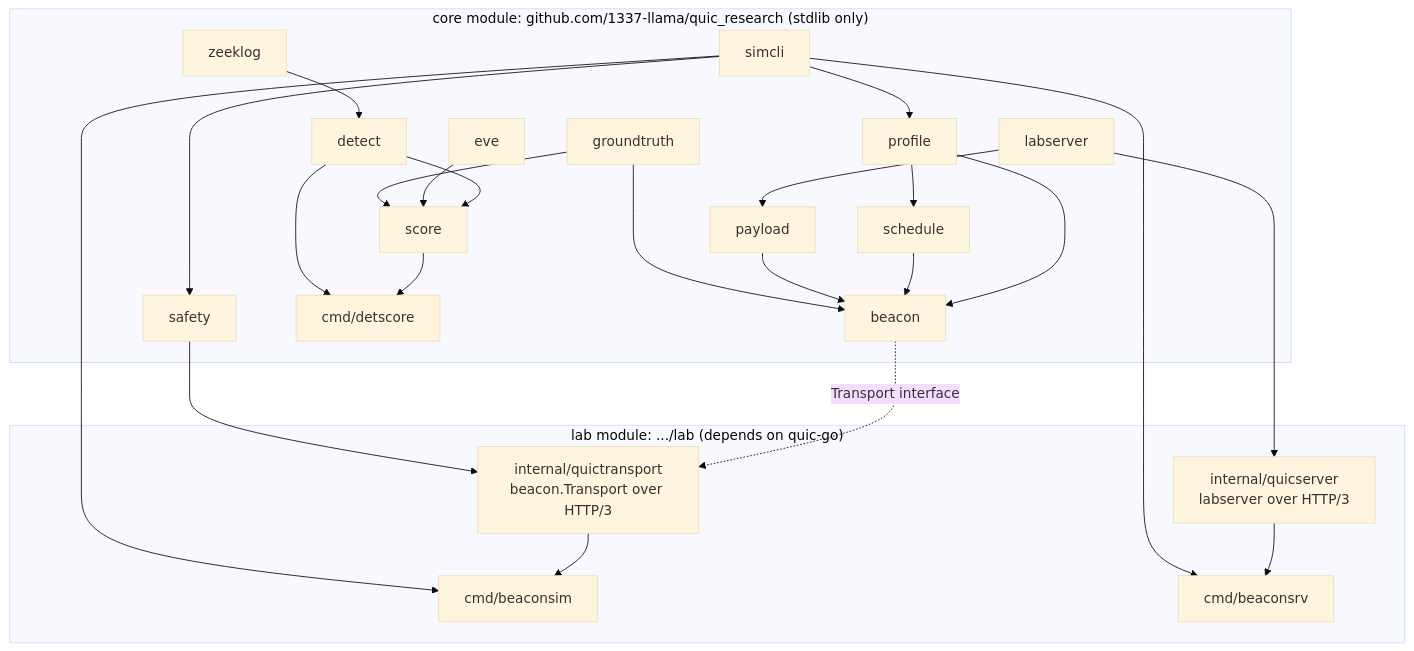
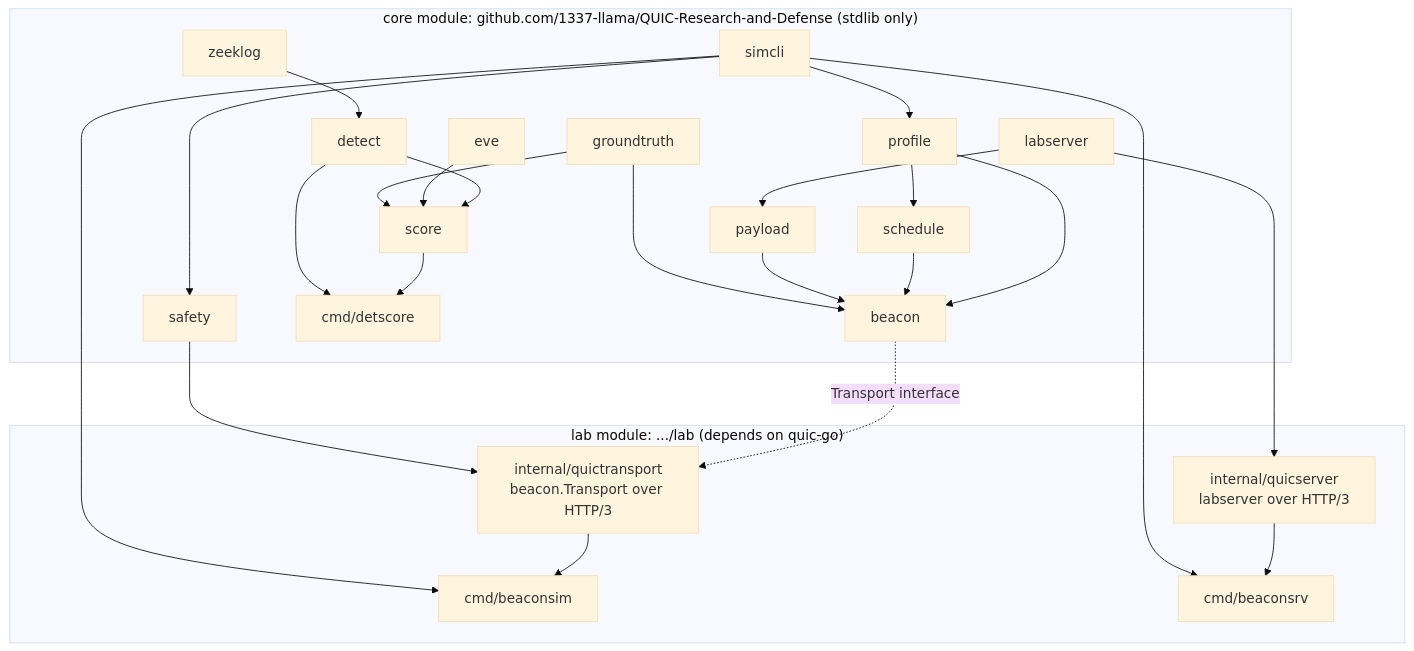
One commit to 1337-llama/QUIC-Research-and-Defense changed the diagram in docs/09-architecture-and-testing.md. Above: the diagram before and after it, drawn with Mermaid (base theme). The commit also changed 27 other files, not shown here.

````diff
--- a/docs/09-architecture-and-testing.md
+++ b/docs/09-architecture-and-testing.md
@@ -7,33 +7,33 @@
 ```mermaid
 flowchart TB
-  subgraph core["core module: github.com/1337-llama/quic_research (stdlib only)"]
+  subgraph core["core module: github.com/1337-llama/QUIC-Research-and-Defense (stdlib only)"]
     profile --> schedule
     profile --> beacon
     schedule --> beacon
     payload --> beacon
     groundtruth --> beacon
     safety
     labserver --> payload
     simcli --> profile
     simcli --> safety
     zeeklog --> detect
     detect --> score
     eve --> score
     groundtruth --> score
     score --> detscore["cmd/detscore"]
     detect --> detscore
   end
   subgraph lab["lab module: .../lab (depends on quic-go)"]
     quictransport["internal/quictransport<br/>beacon.Transport over HTTP/3"]
     quicserver["internal/quicserver<br/>labserver over HTTP/3"]
     beaconsim["cmd/beaconsim"]
     beaconsrv["cmd/beaconsrv"]
   end
   beacon -.Transport interface.-> quictransport
   safety --> quictransport
   labserver --> quicserver
   quictransport --> beaconsim
   quicserver --> beaconsrv
   simcli --> beaconsim
   simcli --> beaconsrv
 ```
````
